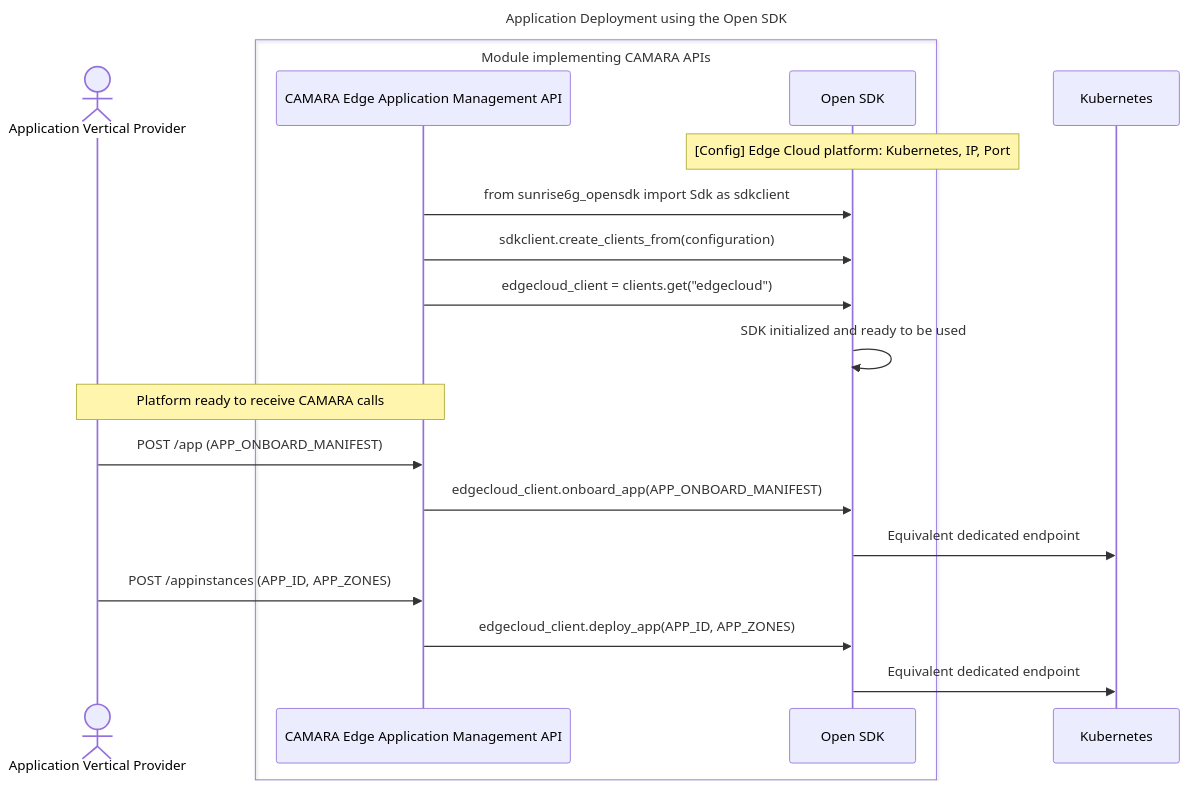
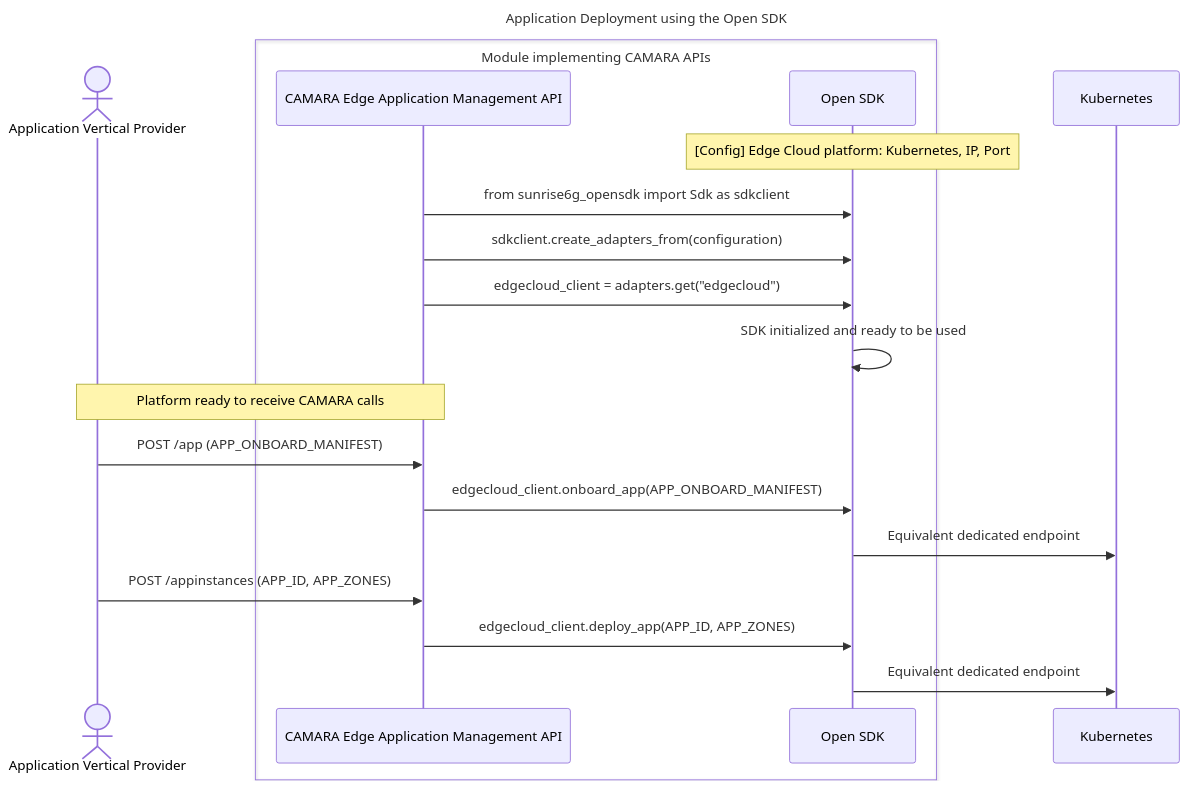
Before and after one commit to tassospandis/open-sdk: the first of 2 diagrams in README.md, drawn with Mermaid. The commit also changed other lines of this file and 2 other files, not shown here.

````diff
--- a/README.md
+++ b/README.md
@@ -118,24 +119,24 @@
 ```mermaid
 sequenceDiagram
 title Application Deployment using the Open SDK
 
 actor AP as Application Vertical Provider
 box Module implementing CAMARA APIs
     participant API as CAMARA Edge Application Management API
     participant SDK as Open SDK
 end
 participant K8s as Kubernetes
 
 note over SDK: [Config] Edge Cloud platform: Kubernetes, IP, Port
 API ->> SDK: from sunrise6g_opensdk import Sdk as sdkclient
-API ->> SDK: sdkclient.create_clients_from(configuration)
-API ->> SDK: edgecloud_client = clients.get("edgecloud")
+API ->> SDK: sdkclient.create_adapters_from(configuration)
+API ->> SDK: edgecloud_client = adapters.get("edgecloud")
 SDK ->> SDK: SDK initialized and ready to be used
 note over AP,API: Platform ready to receive CAMARA calls
 AP ->> API: POST /app (APP_ONBOARD_MANIFEST)
 API ->> SDK: edgecloud_client.onboard_app(APP_ONBOARD_MANIFEST)
 SDK ->> K8s: Equivalent dedicated endpoint
 AP ->> API: POST /appinstances (APP_ID, APP_ZONES)
 API ->> SDK: edgecloud_client.deploy_app(APP_ID, APP_ZONES)
 SDK ->> K8s: Equivalent dedicated endpoint
 ```
````
